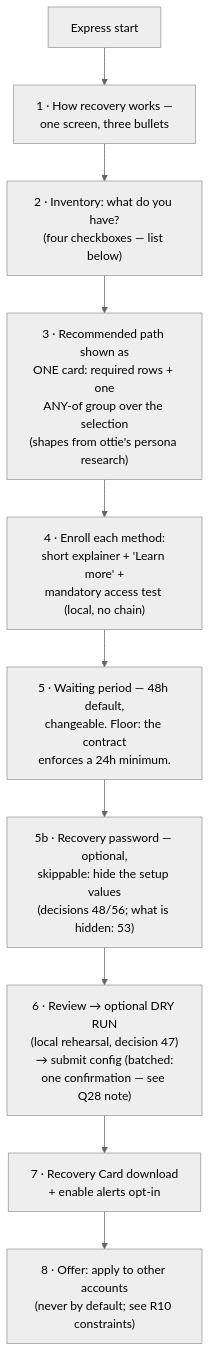
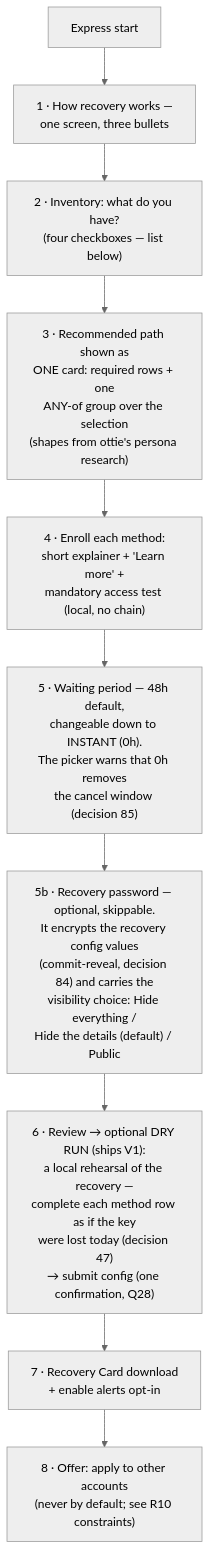
The fourth of 14 diagrams in social-recovery-ux-flows.md (FiboAtWonder/kohaku-extension), drawn with Mermaid (neutral theme) before and after one commit. The commit also changed other lines of this file and 2 other files, not shown here.

Commit message:
docs: review round 4 — decisions 84-89 (commit-reveal visibility, 0h timelock, grading V2, user-funded MVP + gas-deposit, smart-account-at-init MUST, E2 skipped); zkemail prose stripped

````diff
--- a/social-recovery-ux-flows.md
+++ b/social-recovery-ux-flows.md
@@ -108,12 +113,12 @@
 ```mermaid
 flowchart TD
     A[Express start] --> B["1 · How recovery works —<br/>one screen, three bullets"]
     B --> C["2 · Inventory: what do you have?<br/>(four checkboxes — list below)"]
     C --> D["3 · Recommended path shown as<br/>ONE card: required rows + one<br/>ANY-of group over the selection<br/>(shapes from ottie's persona research)"]
     D --> E["4 · Enroll each method:<br/>short explainer + 'Learn more' +<br/>mandatory access test (local, no chain)"]
-    E --> F["5 · Waiting period — 48h default,<br/>changeable. Floor: the contract<br/>enforces a 24h minimum."]
-    F --> PW["5b · Recovery password — optional,<br/>skippable: hide the setup values<br/>(decisions 48/56; what is hidden: 53)"]
-    PW --> G["6 · Review → optional DRY RUN<br/>(local rehearsal, decision 47)<br/>→ submit config (batched:<br/>one confirmation — see Q28 note)"]
+    E --> F["5 · Waiting period — 48h default,<br/>changeable down to INSTANT (0h).<br/>The picker warns that 0h removes<br/>the cancel window (decision 85)"]
+    F --> PW["5b · Recovery password — optional, skippable.<br/>It encrypts the recovery config values<br/>(commit-reveal, decision 84) and carries the<br/>visibility choice: Hide everything /<br/>Hide the details (default) / Public"]
+    PW --> G["6 · Review → optional DRY RUN (ships V1):<br/>a local rehearsal of the recovery —<br/>complete each method row as if the key<br/>were lost today (decision 47)<br/>→ submit config (one confirmation, Q28)"]
     G --> H["7 · Recovery Card download<br/>+ enable alerts opt-in"]
     H --> I["8 · Offer: apply to other accounts<br/>(never by default; see R10 constraints)"]
 ```
````
